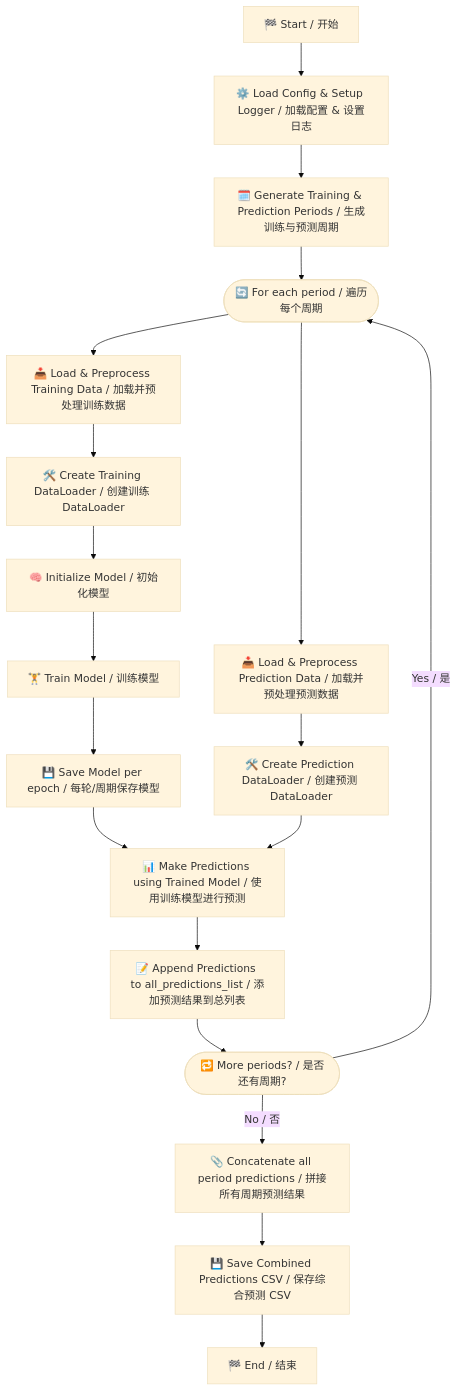
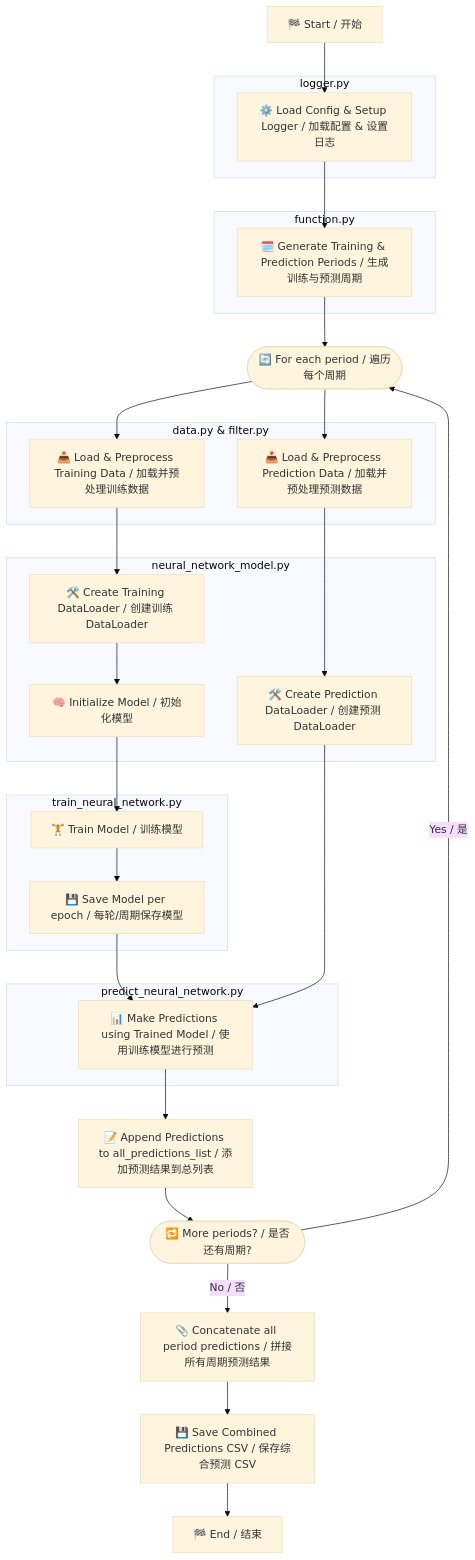
Before and after one commit to hs-wang17/StockPredictor_YX: the diagram in docs/flowchart.md, drawn with Mermaid (base theme). The commit also changed other lines of this file and 13 other files, not shown here.

`````diff
--- a/docs/flowchart.md
+++ b/docs/flowchart.md
@@ -6,27 +8,55 @@
 ```mermaid
-flowchart TD
+flowchart TB
     A[🏁 Start / 开始] --> B[⚙️ Load Config & Setup Logger / 加载配置 & 设置日志]
     B --> C[🗓️ Generate Training & Prediction Periods / 生成训练与预测周期]
     C --> D([🔄 For each period / 遍历每个周期])
-    
+
     D --> E[📥 Load & Preprocess Training Data / 加载并预处理训练数据]
     D --> F[📥 Load & Preprocess Prediction Data / 加载并预处理预测数据]
 
     E --> G[🛠️ Create Training DataLoader / 创建训练 DataLoader]
     F --> H[🛠️ Create Prediction DataLoader / 创建预测 DataLoader]
 
     G --> I[🧠 Initialize Model / 初始化模型]
     I --> J[🏋️ Train Model / 训练模型]
     J --> K[💾 Save Model per epoch / 每轮/周期保存模型]
     K --> L[📊 Make Predictions using Trained Model / 使用训练模型进行预测]
     H --> L
 
     L --> M[📝 Append Predictions to all_predictions_list / 添加预测结果到总列表]
 
     M --> N([🔁 More periods? / 是否还有周期?])
     N -- Yes / 是 --> D
     N -- No / 否 --> O[📎 Concatenate all period predictions / 拼接所有周期预测结果]
     O --> P[💾 Save Combined Predictions CSV / 保存综合预测 CSV]
     P --> Q[🏁 End / 结束]
 
-````
+    subgraph logger.py
+    B
+    end
+
+    subgraph function.py
+    C
+    end
+
+    subgraph data.py & filter.py
+    E
+    F
+    end
+
+    subgraph neural_network_model.py
+    G
+    H
+    I
+    end
+
+    subgraph train_neural_network.py
+    J
+    K
+    end
+
+    subgraph predict_neural_network.py
+    L
+    end
+
+```
`````
